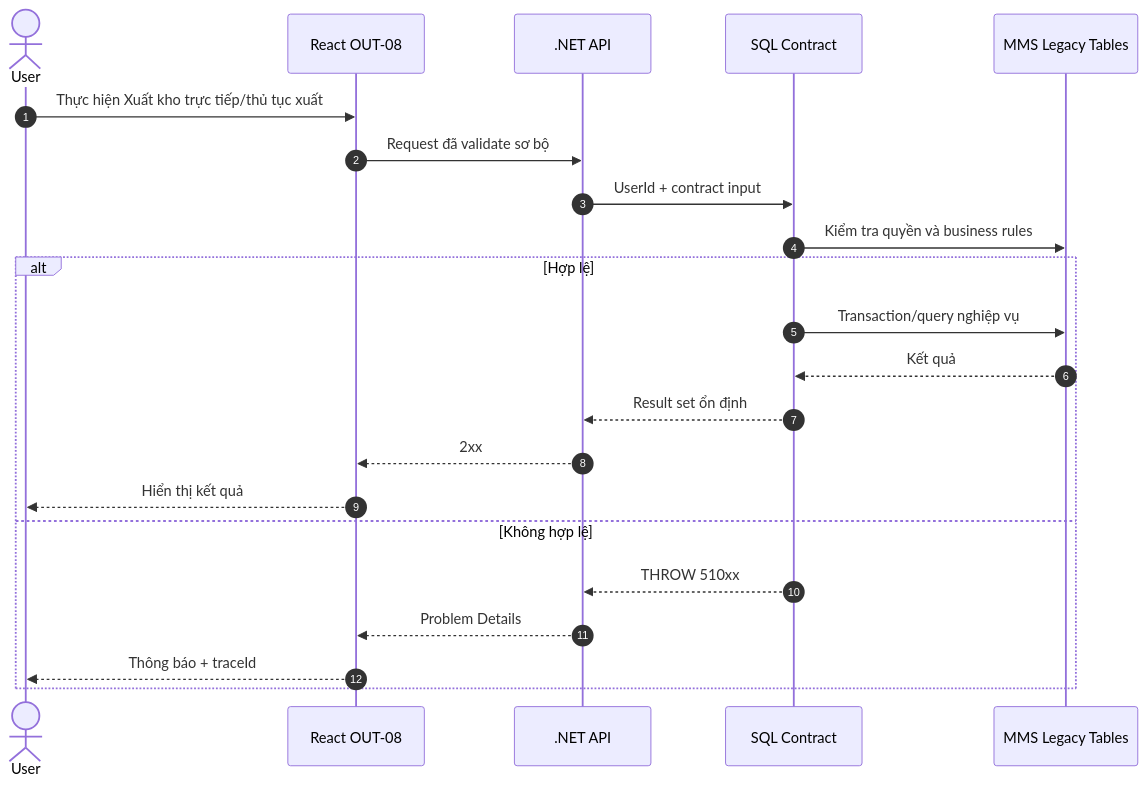
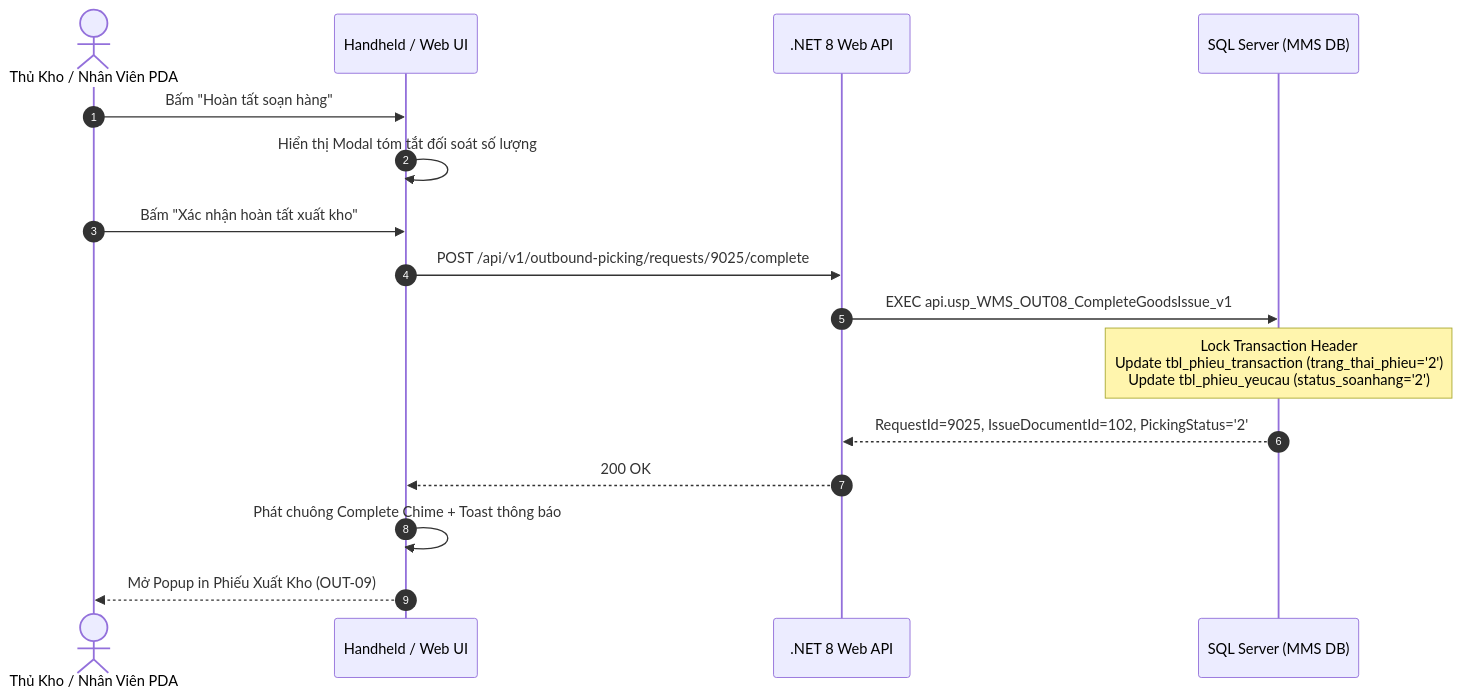
One commit to Sohoa-KNSG/mms changed the diagram in docs/03-use-cases/UC-23_OUT-08.md. Above: the diagram before and after it, drawn with Mermaid. The commit also changed other lines of this file and 43 other files, not shown here.

````diff
--- a/docs/03-use-cases/UC-23_OUT-08.md
+++ b/docs/03-use-cases/UC-23_OUT-08.md
@@ -197,24 +158,19 @@
-~~~mermaid
+```mermaid
 sequenceDiagram
     autonumber
-    actor User
-    participant UI as React OUT-08
-    participant API as .NET API
-    participant SP as SQL Contract
-    participant DB as MMS Legacy Tables
-    User->>UI: Thực hiện Xuất kho trực tiếp/thủ tục xuất
-    UI->>API: Request đã validate sơ bộ
-    API->>SP: UserId + contract input
-    SP->>DB: Kiểm tra quyền và business rules
-    alt Hợp lệ
-        SP->>DB: Transaction/query nghiệp vụ
-        DB-->>SP: Kết quả
-        SP-->>API: Result set ổn định
-        API-->>UI: 2xx
-        UI-->>User: Hiển thị kết quả
-    else Không hợp lệ
-        SP-->>API: THROW 510xx
-        API-->>UI: Problem Details
-        UI-->>User: Thông báo + traceId
-    end
-~~~
+    actor Staff as Thủ Kho / Nhân Viên PDA
+    participant UI as Handheld / Web UI
+    participant API as .NET 8 Web API
+    participant DB as SQL Server (MMS DB)
+
+    Staff->>UI: Bấm "Hoàn tất soạn hàng"
+    UI->>UI: Hiển thị Modal tóm tắt đối soát số lượng
+    Staff->>UI: Bấm "Xác nhận hoàn tất xuất kho"
+    UI->>API: POST /api/v1/outbound-picking/requests/9025/complete
+    API->>DB: EXEC api.usp_WMS_OUT08_CompleteGoodsIssue_v1
+    Note over DB: Lock Transaction Header<br/>Update tbl_phieu_transaction (trang_thai_phieu='2')<br/>Update tbl_phieu_yeucau (status_soanhang='2')
+    DB-->>API: RequestId=9025, IssueDocumentId=102, PickingStatus='2'
+    API-->>UI: 200 OK
+    UI->>UI: Phát chuông Complete Chime + Toast thông báo
+    UI-->>Staff: Mở Popup in Phiếu Xuất Kho (OUT-09)
+```
````
